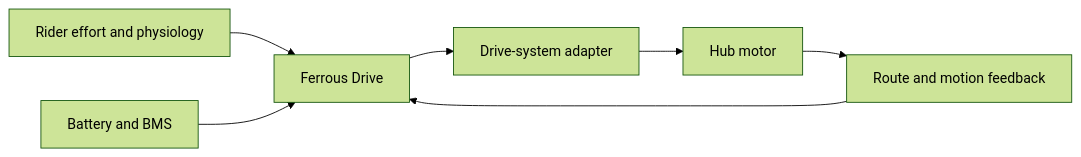
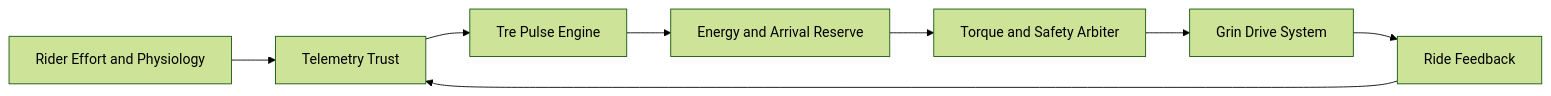
The diagram in README.md (tspreck/ferrous-drive), drawn with Mermaid (forest theme) before and after one commit. The commit also changed other lines of this file, not shown here.

First line of the commit message:
realign the main architecture and README around the new direction

````diff
--- a/README.md
+++ b/README.md
@@ -38,16 +94,18 @@
 ```mermaid
 flowchart LR
-    Rider[Rider effort and physiology]
-    Road[Route and motion feedback]
-    Core[Ferrous Drive]
-    Drive[Drive-system adapter]
-    Motor[Hub motor]
-    Battery[Battery and BMS]
+    Rider[Rider Effort and Physiology]
+    Trust[Telemetry Trust]
+    Pulse[Tre Pulse Engine]
+    Energy[Energy and Arrival Reserve]
+    Arbiter[Torque and Safety Arbiter]
+    Drive[Grin Drive System]
+    Feedback[Ride Feedback]
 
-    Rider --> Core
-    Road --> Core
-    Battery --> Core
-    Core --> Drive
-    Drive --> Motor
-    Motor --> Road
+    Rider --> Trust
+    Trust --> Pulse
+    Pulse --> Energy
+    Energy --> Arbiter
+    Arbiter --> Drive
+    Drive --> Feedback
+    Feedback --> Trust
 ```
````
